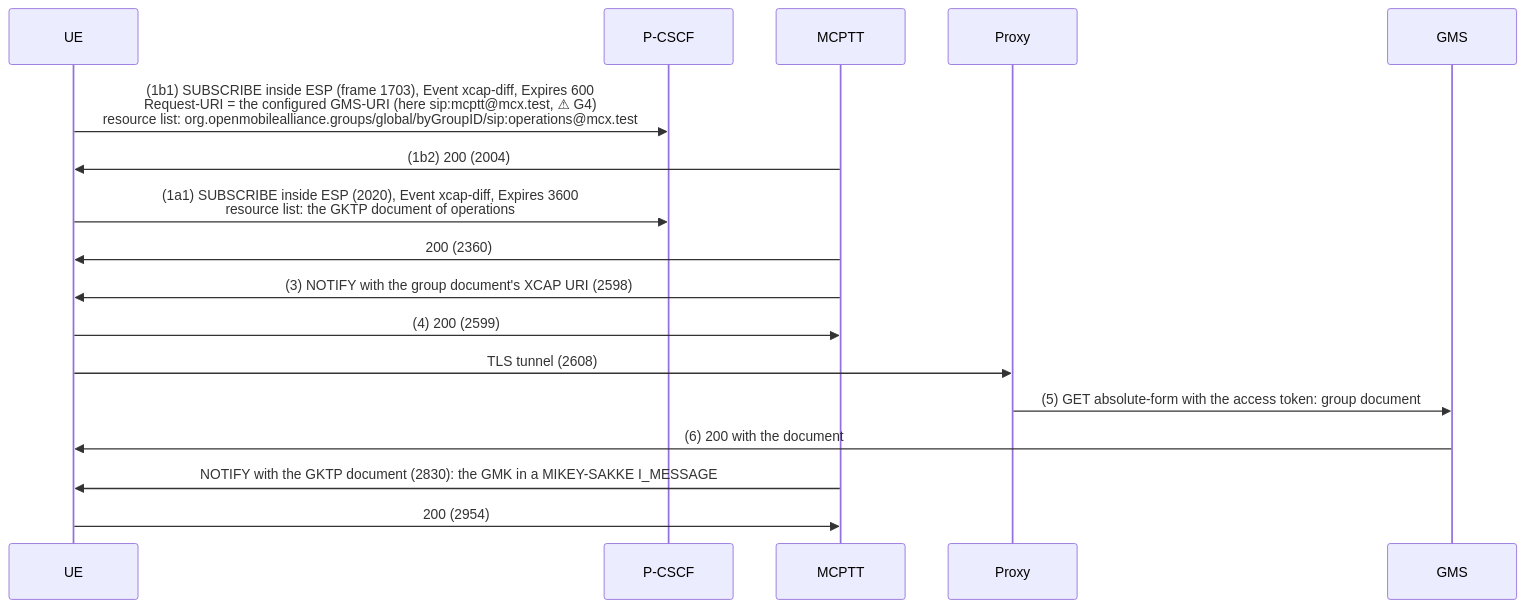
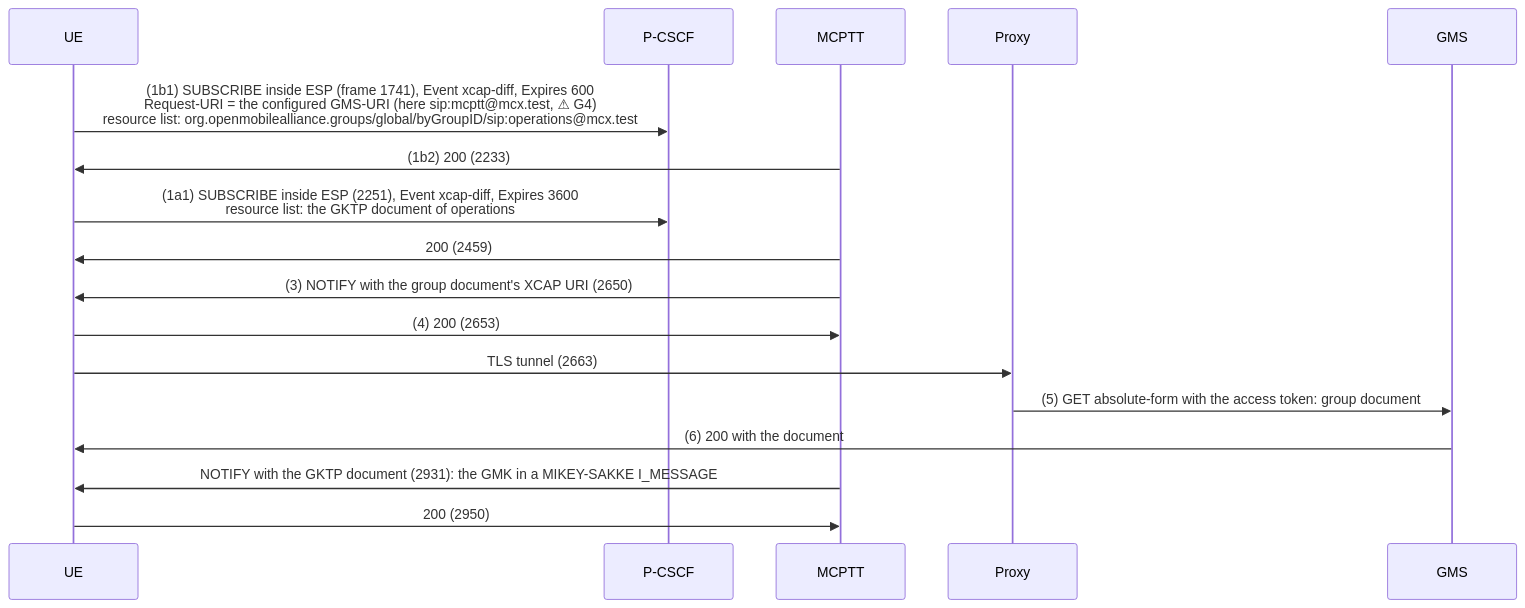
The seventh of 9 diagrams in tutorials/end-to-end/10-openmcx-ue-conformance-check/CALL_FLOW.md (openMCX/openmcx-server), drawn with Mermaid before and after one commit. The commit also changed other lines of this file and 19 other files, not shown here.

````diff
--- a/tutorials/end-to-end/10-openmcx-ue-conformance-check/CALL_FLOW.md
+++ b/tutorials/end-to-end/10-openmcx-ue-conformance-check/CALL_FLOW.md
@@ -216,19 +219,19 @@
 ```mermaid
 sequenceDiagram
     participant UE
     participant PC as P-CSCF
     participant AS as MCPTT
     participant PX as Proxy
     participant GMS
-    UE->>PC: (1b1) SUBSCRIBE inside ESP (frame 1703), Event xcap-diff, Expires 600<br/>Request-URI = the configured GMS-URI (here sip:mcptt@mcx.test, ⚠ G4)<br/>resource list: org.openmobilealliance.groups/global/byGroupID/sip:operations@mcx.test
-    AS->>UE: (1b2) 200 (2004)
-    UE->>PC: (1a1) SUBSCRIBE inside ESP (2020), Event xcap-diff, Expires 3600<br/>resource list: the GKTP document of operations
-    AS->>UE: 200 (2360)
-    AS->>UE: (3) NOTIFY with the group document's XCAP URI (2598)
-    UE->>AS: (4) 200 (2599)
-    UE->>PX: TLS tunnel (2608)
+    UE->>PC: (1b1) SUBSCRIBE inside ESP (frame 1741), Event xcap-diff, Expires 600<br/>Request-URI = the configured GMS-URI (here sip:mcptt@mcx.test, ⚠ G4)<br/>resource list: org.openmobilealliance.groups/global/byGroupID/sip:operations@mcx.test
+    AS->>UE: (1b2) 200 (2233)
+    UE->>PC: (1a1) SUBSCRIBE inside ESP (2251), Event xcap-diff, Expires 3600<br/>resource list: the GKTP document of operations
+    AS->>UE: 200 (2459)
+    AS->>UE: (3) NOTIFY with the group document's XCAP URI (2650)
+    UE->>AS: (4) 200 (2653)
+    UE->>PX: TLS tunnel (2663)
     PX->>GMS: (5) GET absolute-form with the access token: group document
     GMS->>UE: (6) 200 with the document
-    AS->>UE: NOTIFY with the GKTP document (2830): the GMK in a MIKEY-SAKKE I_MESSAGE
-    UE->>AS: 200 (2954)
+    AS->>UE: NOTIFY with the GKTP document (2931): the GMK in a MIKEY-SAKKE I_MESSAGE
+    UE->>AS: 200 (2950)
 ```
````
